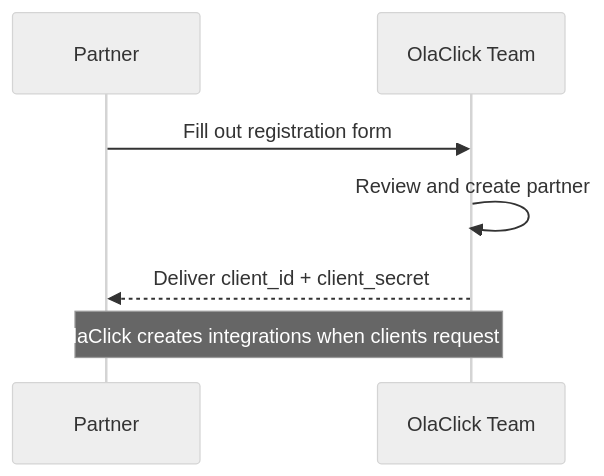
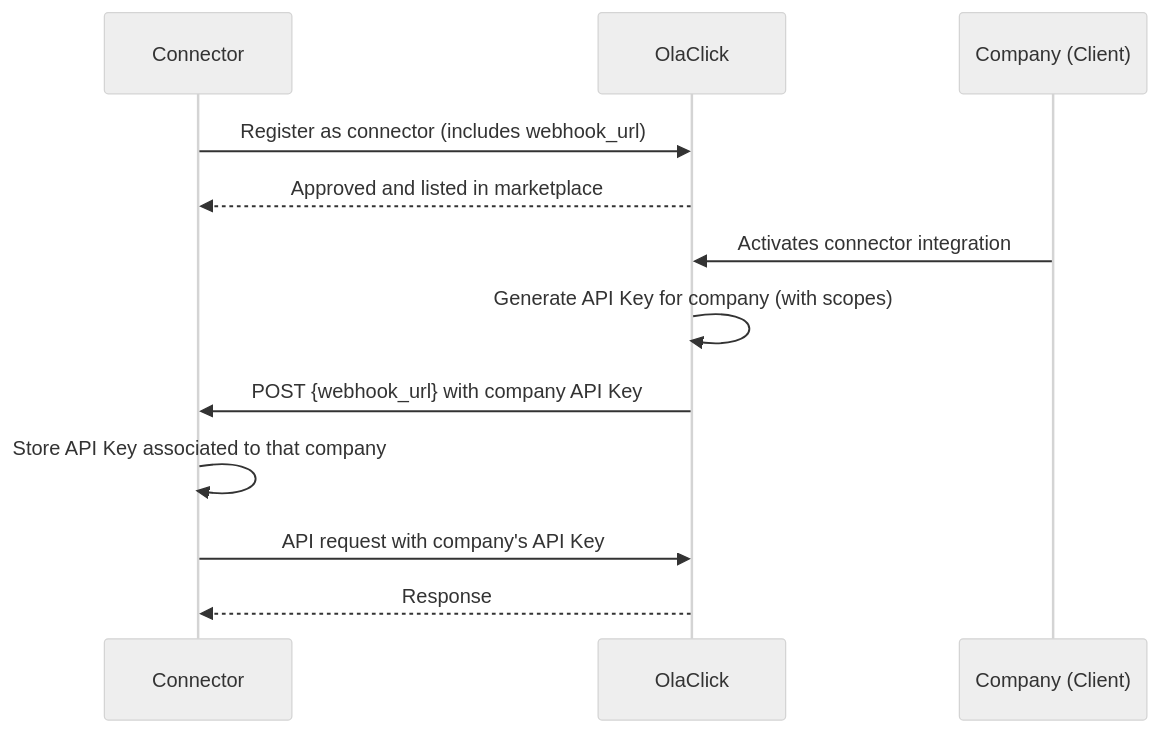
Before and after one commit to estefanno18/olaclick-partners-landing-page: the diagram in docs/onboarding.md, drawn with Mermaid (neutral theme). The commit also changed other lines of this file and 14 other files, not shown here.

````diff
--- a/docs/onboarding.md
+++ b/docs/onboarding.md
@@ -11,11 +13,17 @@
 ```mermaid
 sequenceDiagram
-    participant Partner as Partner
-    participant OlaClick as OlaClick Team
+    participant Connector as Connector
+    participant OlaClick as OlaClick
+    participant Company as Company (Client)
 
-    Partner->>OlaClick: Fill out registration form
-    OlaClick->>OlaClick: Review and create partner
-    OlaClick-->>Partner: Deliver client_id + client_secret
+    Connector->>OlaClick: Register as connector (includes webhook_url)
+    OlaClick-->>Connector: Approved and listed in marketplace
 
-    Note over Partner,OlaClick: OlaClick creates integrations when clients request it.
+    Company->>OlaClick: Activates connector integration
+    OlaClick->>OlaClick: Generate API Key for company (with scopes)
+    OlaClick->>Connector: POST {webhook_url} with company API Key
+    Connector->>Connector: Store API Key associated to that company
+
+    Connector->>OlaClick: API request with company's API Key
+    OlaClick-->>Connector: Response
 ```
````
